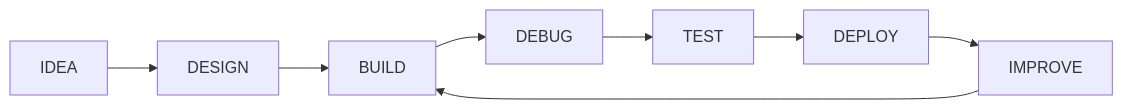
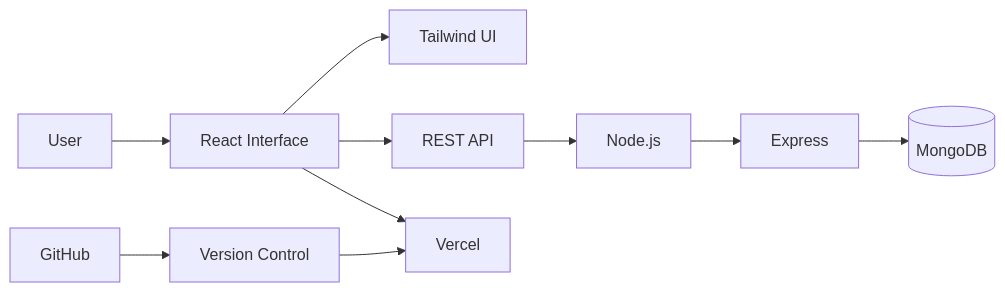
One commit to Faizan-khan144/Faizan-khan144 changed the first of 2 diagrams in README.md. Above: the diagram before and after it, drawn with Mermaid. The commit also changed other lines of this file, not shown here.

````diff
--- a/README.md
+++ b/README.md
@@ -276,10 +404,14 @@
 ```mermaid
 flowchart LR
-    A["IDEA"] --> B["DESIGN"]
-    B --> C["BUILD"]
-    C --> D["DEBUG"]
-    D --> E["TEST"]
-    E --> F["DEPLOY"]
-    F --> G["IMPROVE"]
-    G --> C
+    A[User] --> B[React Interface]
+    B --> C[Tailwind UI]
+    B --> D[REST API]
+    D --> E[Node.js]
+    E --> F[Express]
+    F --> G[(MongoDB)]
+
+    H[GitHub] --> I[Version Control]
+    I --> J[Vercel]
+
+    B --> J
 ```
````
